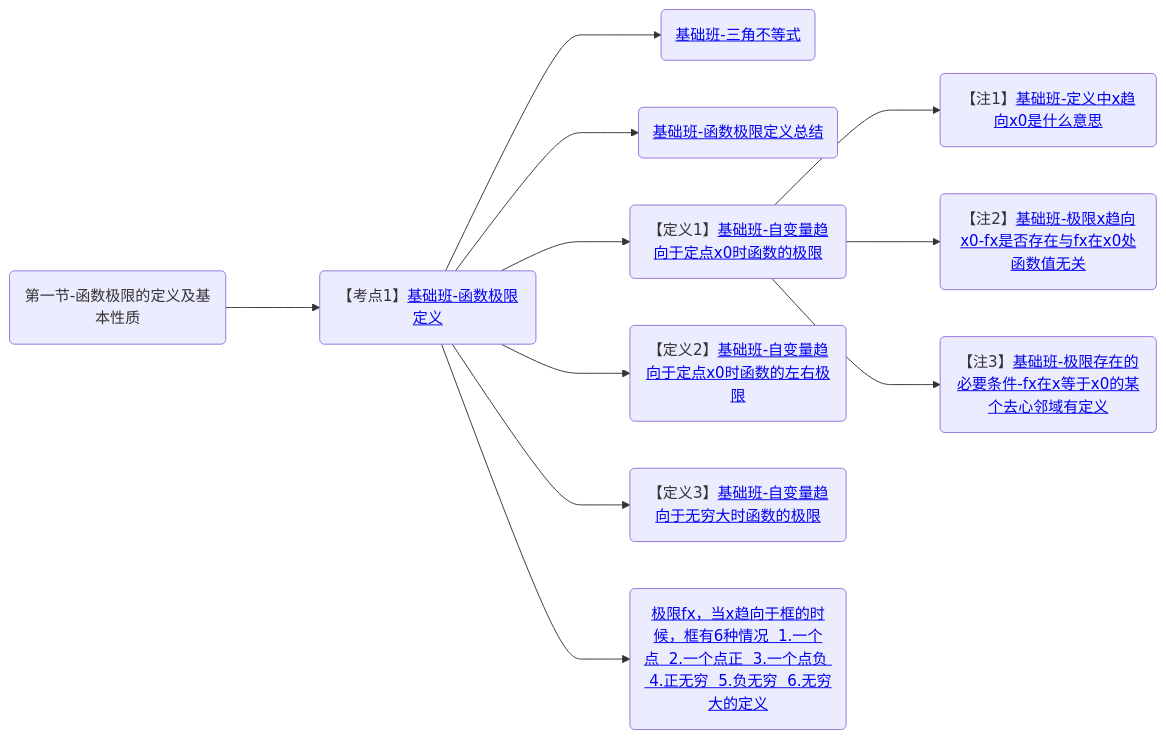
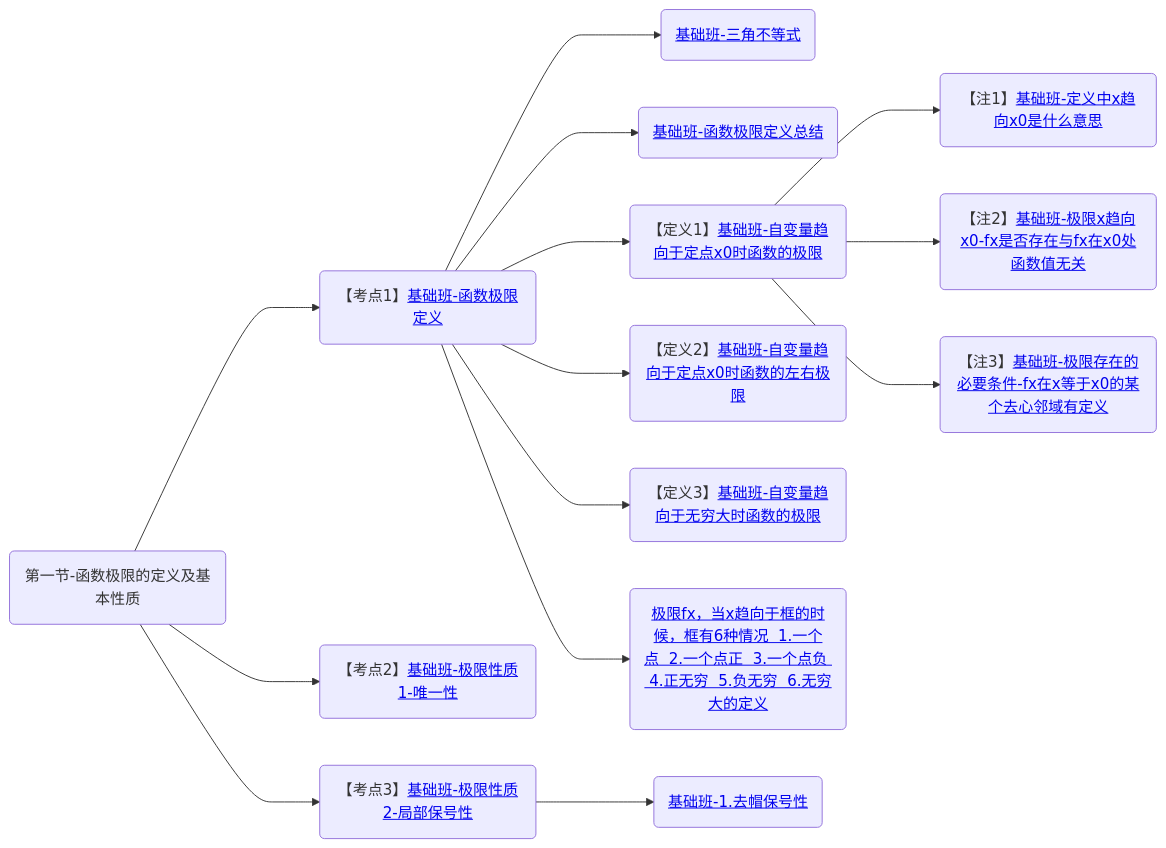
One commit to yuebinghui/note changed the diagram in 笔记/数学/周洋鑫/基础班/00.大纲.md. Above: the diagram before and after it, drawn with Mermaid. The commit also changed 6 other files, not shown here.

````diff
--- a/笔记/数学/周洋鑫/基础班/00.大纲.md
+++ b/笔记/数学/周洋鑫/基础班/00.大纲.md
@@ -1,19 +1,22 @@
 ```mermaid
 graph LR
 第一节-函数极限的定义及基本性质(第一节-函数极限的定义及基本性质)
 
 第一节-函数极限的定义及基本性质--->基础班-函数极限定义(【考点1】<a href="/Users/yuebinghui/Documents/program/github/note/笔记/数学/周洋鑫/基础班/01.函数极限的定义与性质-1.md#基础班-函数极限定义">基础班-函数极限定义</>)
+
 基础班-函数极限定义--->基础班-三角不等式(<a href="/Users/yuebinghui/Documents/program/github/note/笔记/数学/周洋鑫/基础班/01.函数极限的定义与性质-1.md#基础班-三角不等式">基础班-三角不等式</>)
 基础班-函数极限定义--->基础班-函数极限定义总结(<a href="/Users/yuebinghui/Documents/program/github/note/笔记/数学/周洋鑫/基础班/01.函数极限的定义与性质-1.md#基础班-函数极限定义总结">基础班-函数极限定义总结</>)
 基础班-函数极限定义--->基础班-自变量趋向于定点x0时函数的极限(【定义1】<a href="/Users/yuebinghui/Documents/program/github/note/笔记/数学/周洋鑫/基础班/01.函数极限的定义与性质-1.md#基础班-自变量趋向于定点x0时函数的极限">基础班-自变量趋向于定点x0时函数的极限</>)
 基础班-自变量趋向于定点x0时函数的极限--->基础班-定义中x趋向x0是什么意思(【注1】<a href="/Users/yuebinghui/Documents/program/github/note/笔记/数学/周洋鑫/基础班/01.函数极限的定义与性质-1.md#基础班-定义中x趋向x0是什么意思">基础班-定义中x趋向x0是什么意思</>)
 基础班-自变量趋向于定点x0时函数的极限--->基础班-极限x趋向x0-fx是否存在与fx在x0处函数值无关(【注2】<a href="/Users/yuebinghui/Documents/program/github/note/笔记/数学/周洋鑫/基础班/01.函数极限的定义与性质-1.md#基础班-极限x趋向x0-fx是否存在与fx在x0处函数值无关">基础班-极限x趋向x0-fx是否存在与fx在x0处函数值无关</>)
 基础班-自变量趋向于定点x0时函数的极限--->基础班-极限存在的必要条件-fx在x等于x0的某个去心邻域有定义(【注3】<a href="/Users/yuebinghui/Documents/program/github/note/笔记/数学/周洋鑫/基础班/01.函数极限的定义与性质-1.md#基础班-极限存在的必要条件-fx在x等于x0的某个去心邻域有定义">基础班-极限存在的必要条件-fx在x等于x0的某个去心邻域有定义</>)
-
 基础班-函数极限定义--->基础班-自变量趋向于定点x0时函数的左右极限(【定义2】<a href="/Users/yuebinghui/Documents/program/github/note/笔记/数学/周洋鑫/基础班/01.函数极限的定义与性质-1.md#基础班-自变量趋向于定点x0时函数的左右极限">基础班-自变量趋向于定点x0时函数的左右极限</>)
-
 基础班-函数极限定义--->基础班-自变量趋向于无穷大时函数的极限(【定义3】<a href="/Users/yuebinghui/Documents/program/github/note/笔记/数学/周洋鑫/基础班/01.函数极限的定义与性质-1.md#基础班-自变量趋向于无穷大时函数的极限">基础班-自变量趋向于无穷大时函数的极限</>)
-
 基础班-函数极限定义--->基础班-极限fx-x趋向于框的时候框有6种情况1.一个点2.一个点正3.一个点负4.正无穷5.负无穷6.无穷大的定义(<a href="/Users/yuebinghui/Documents/program/github/note/笔记/数学/周洋鑫/基础班/01.函数极限的定义与性质-1.md#基础班-极限fx-x趋向于框的时候框有6种情况1.一个点2.一个点正3.一个点负4.正无穷5.负无穷6.无穷大的定义">极限fx，当x趋向于框的时候，框有6种情况  1.一个点  2.一个点正  3.一个点负  4.正无穷  5.负无穷  6.无穷大的定义</>)
 
+第一节-函数极限的定义及基本性质--->基础班-极限性质1-唯一性(【考点2】<a href="/Users/yuebinghui/Documents/program/github/note/笔记/数学/周洋鑫/基础班/01.函数极限的定义与性质-1.md#基础班-极限性质1-唯一性">基础班-极限性质1-唯一性</>)
+
+第一节-函数极限的定义及基本性质--->基础班-极限性质2-局部保号性(【考点3】<a href="/Users/yuebinghui/Documents/program/github/note/笔记/数学/周洋鑫/基础班/01.函数极限的定义与性质-1.md#基础班-极限性质2-局部保号性">基础班-极限性质2-局部保号性</>)
+基础班-极限性质2-局部保号性--->基础班-1.去帽保号性(<a href="/Users/yuebinghui/Documents/program/github/note/笔记/数学/周洋鑫/基础班/01.函数极限的定义与性质-1.md#基础班-1.去帽保号性">基础班-1.去帽保号性</>)
+
 ```
````
